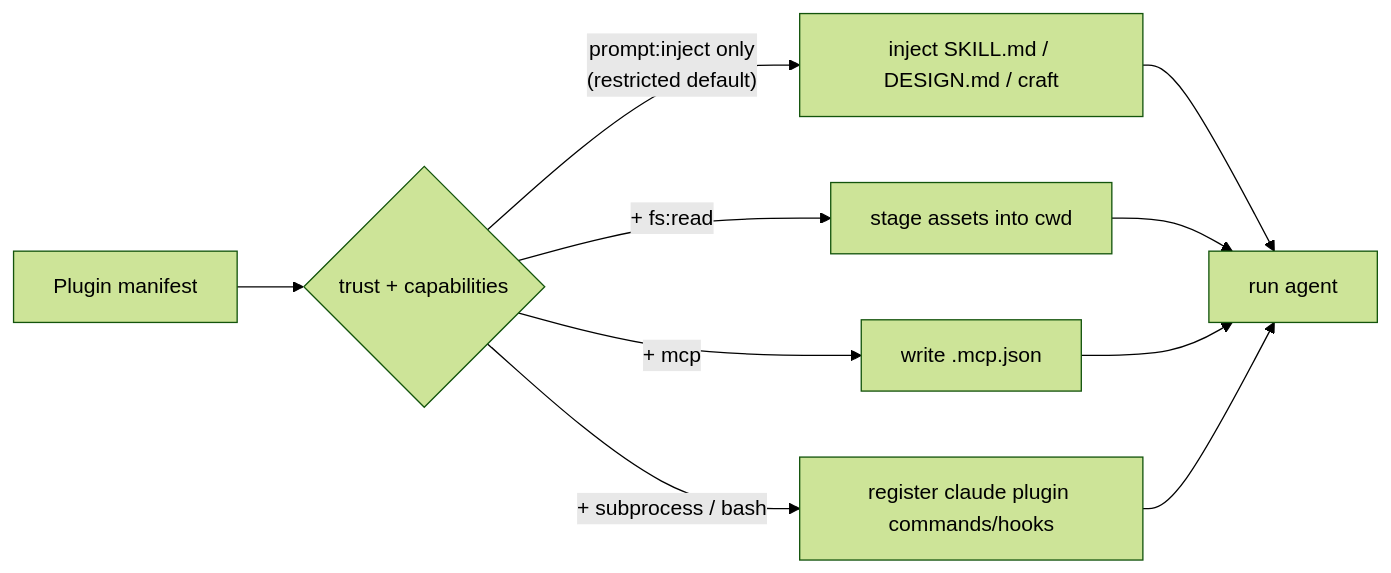
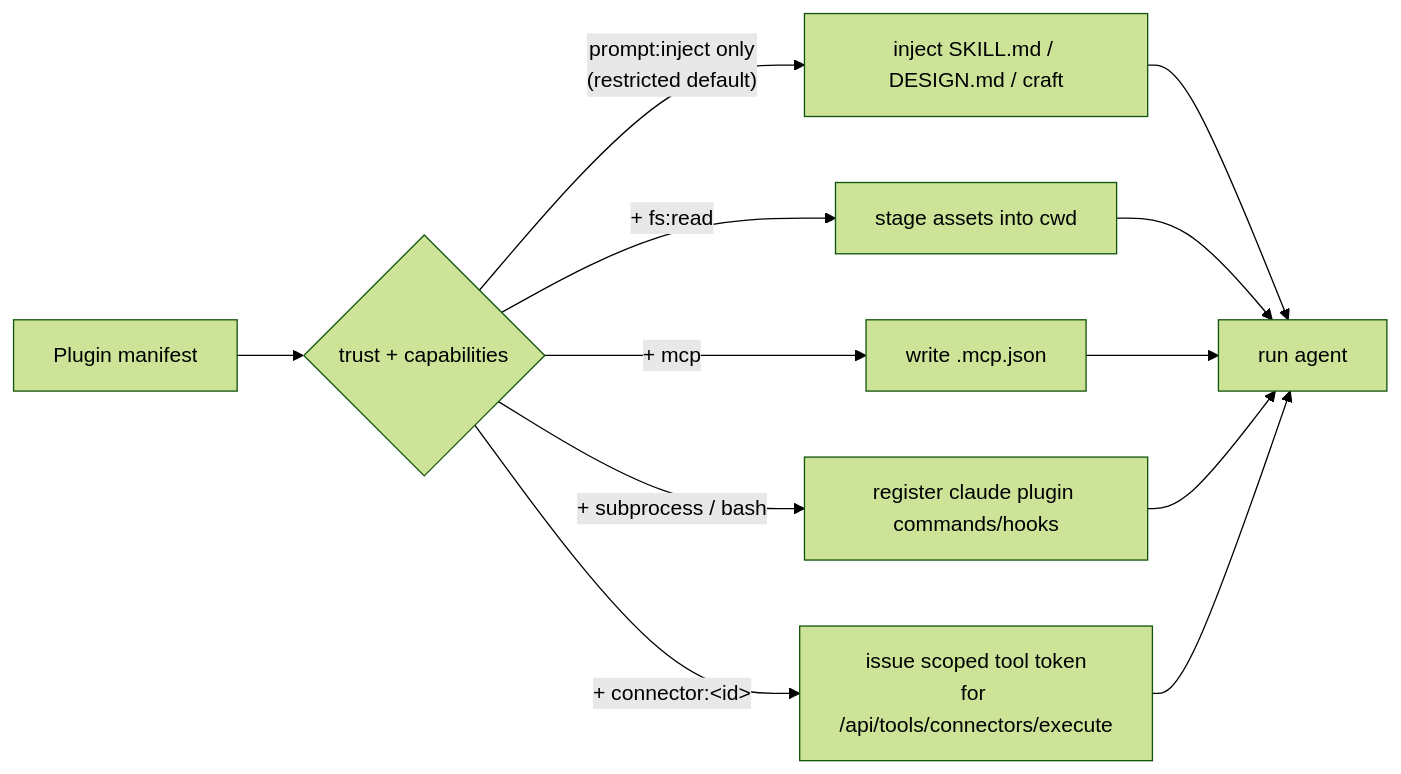
The fourth of 4 diagrams in docs/plugins-spec.md (diginex-jeff-li/open-design), drawn with Mermaid (forest theme) before and after one commit. The commit also changed other lines of this file and 1 other file, not shown here.

````diff
--- a/docs/plugins-spec.md
+++ b/docs/plugins-spec.md
@@ -375,9 +640,10 @@
 ```mermaid
 flowchart LR
   M[Plugin manifest] --> C{trust + capabilities}
   C -->|"prompt:inject only<br/>(restricted default)"| P1[inject SKILL.md / DESIGN.md / craft]
   C -->|"+ fs:read"| P2[stage assets into cwd]
   C -->|"+ mcp"| P3[write .mcp.json]
   C -->|"+ subprocess / bash"| P4[register claude plugin commands/hooks]
-  P1 & P2 & P3 & P4 --> R[run agent]
+  C -->|"+ connector:&lt;id&gt;"| P5[issue scoped tool token<br/>for /api/tools/connectors/execute]
+  P1 & P2 & P3 & P4 & P5 --> R[run agent]
 ```
````
